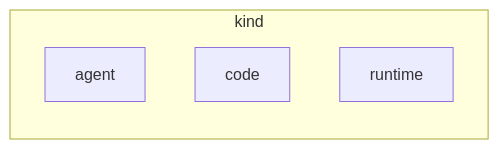
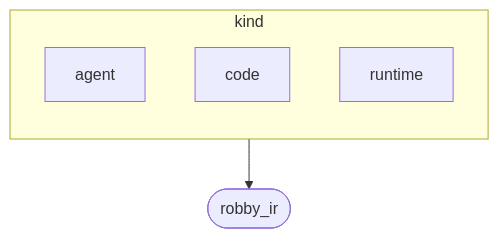
Before and after one commit to RyanGuild/self-describing-code: the second of 2 diagrams in docs/self-model/robby_ir/kind/index.md, drawn with Mermaid. The commit also changed other lines of this file and 413 other files, not shown here.

````diff
--- a/docs/self-model/robby_ir/kind/index.md
+++ b/docs/self-model/robby_ir/kind/index.md
@@ -33,9 +33,11 @@
 ```mermaid
 flowchart TB
     subgraph n_611ba0cee1ac191f["kind"]
         direction TB
         n_ec6c960723ad9504["agent"]
         n_78c8f62748bb21ee["code"]
         n_9bd6a0786f266df1["runtime"]
     end
+    n_356bf2c23da68961(["robby_ir"])
+    n_611ba0cee1ac191f --> n_356bf2c23da68961
 ```
````
